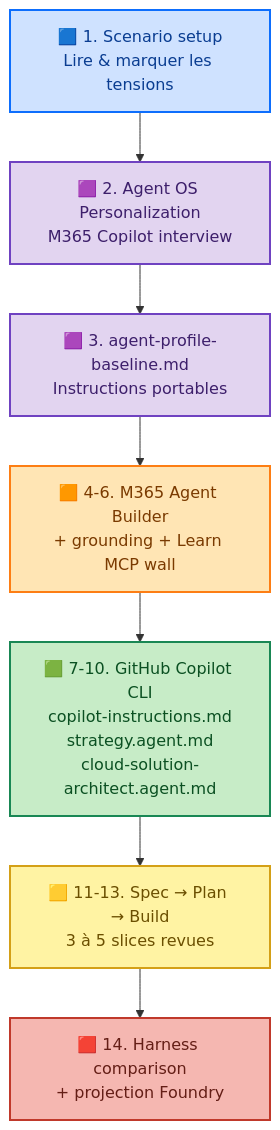
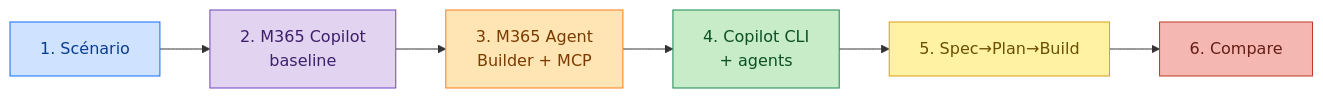
Before and after one commit to fredgis/ama-lab: the diagram in Fred/plan-execution.md, drawn with Mermaid. The commit also changed other lines of this file, not shown here.

Commit message:
Simplify Fred plan to essential 6-step sequence

````diff
--- a/Fred/plan-execution.md
+++ b/Fred/plan-execution.md
@@ -21,19 +3,10 @@
 ```mermaid
-flowchart TD
-    A[🟦 1. Scenario setup<br/>Lire & marquer les tensions]:::scope
-    B[🟪 2. Agent OS Personalization<br/>M365 Copilot interview]:::personal
-    C[🟪 3. agent-profile-baseline.md<br/>Instructions portables]:::personal
-    D[🟧 4-6. M365 Agent Builder<br/>+ grounding + Learn MCP wall]:::lowctrl
-    E[🟩 7-10. GitHub Copilot CLI<br/>copilot-instructions.md<br/>strategy.agent.md<br/>cloud-solution-architect.agent.md]:::highctrl
-    F[🟨 11-13. Spec → Plan → Build<br/>3 à 5 slices revues]:::spb
-    G[🟥 14. Harness comparison<br/>+ projection Foundry]:::compare
-
-    A --> B --> C --> D --> E --> F --> G
-
-    classDef scope    fill:#cfe2ff,stroke:#0d6efd,stroke-width:2px,color:#0a3d91
-    classDef personal fill:#e2d4f0,stroke:#6f42c1,stroke-width:2px,color:#3d1f6b
-    classDef lowctrl  fill:#ffe5b4,stroke:#fd7e14,stroke-width:2px,color:#7a3a00
-    classDef highctrl fill:#c7ecc7,stroke:#198754,stroke-width:2px,color:#0b5022
-    classDef spb      fill:#fff3a3,stroke:#d4a017,stroke-width:2px,color:#6b4f00
-    classDef compare  fill:#f5b7b1,stroke:#c0392b,stroke-width:2px,color:#641e16
+flowchart LR
+    A[1. Scénario]:::a --> B[2. M365 Copilot<br/>baseline]:::b --> C[3. M365 Agent<br/>Builder + MCP]:::c --> D[4. Copilot CLI<br/>+ agents]:::d --> E[5. Spec→Plan→Build]:::e --> F[6. Compare]:::f
+    classDef a fill:#cfe2ff,stroke:#0d6efd,color:#0a3d91
+    classDef b fill:#e2d4f0,stroke:#6f42c1,color:#3d1f6b
+    classDef c fill:#ffe5b4,stroke:#fd7e14,color:#7a3a00
+    classDef d fill:#c7ecc7,stroke:#198754,color:#0b5022
+    classDef e fill:#fff3a3,stroke:#d4a017,color:#6b4f00
+    classDef f fill:#f5b7b1,stroke:#c0392b,color:#641e16
 ```
````
